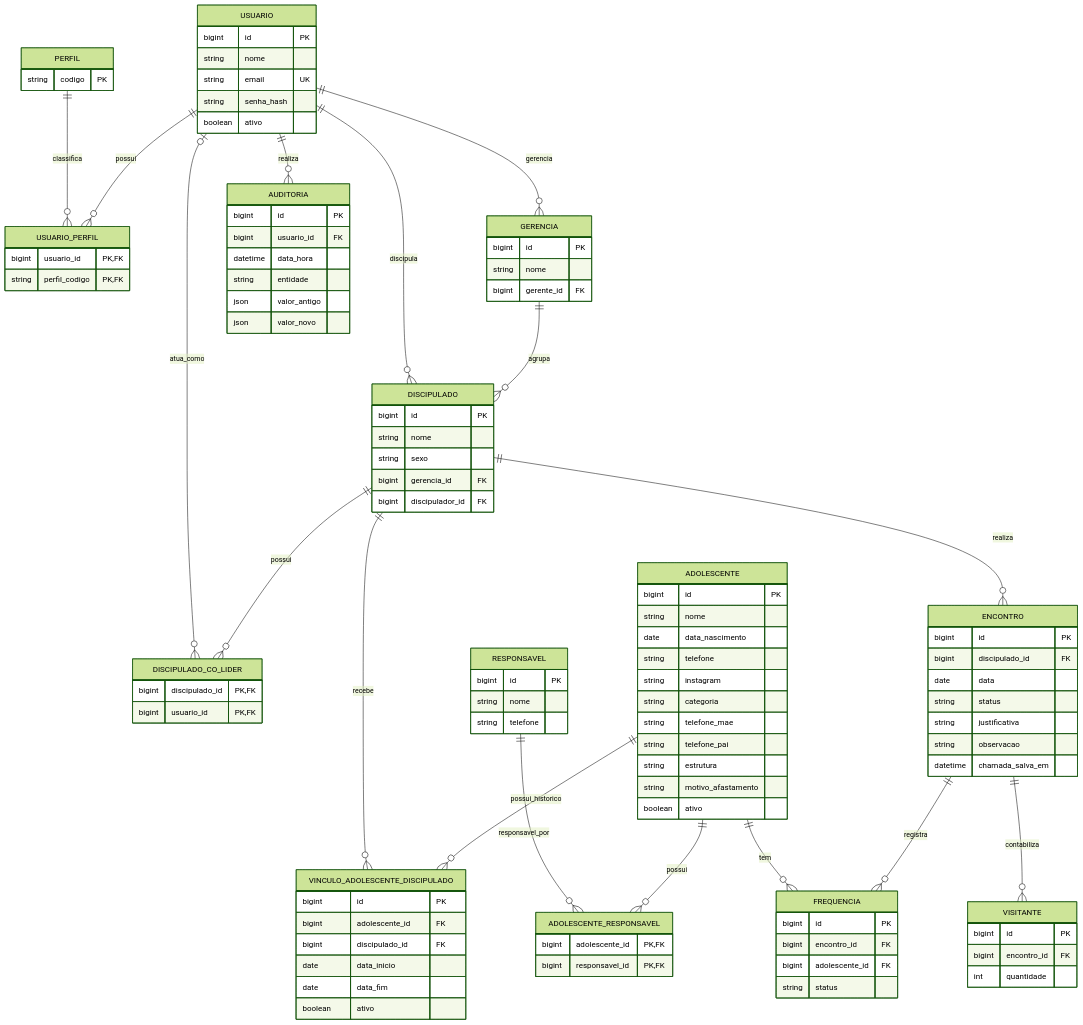
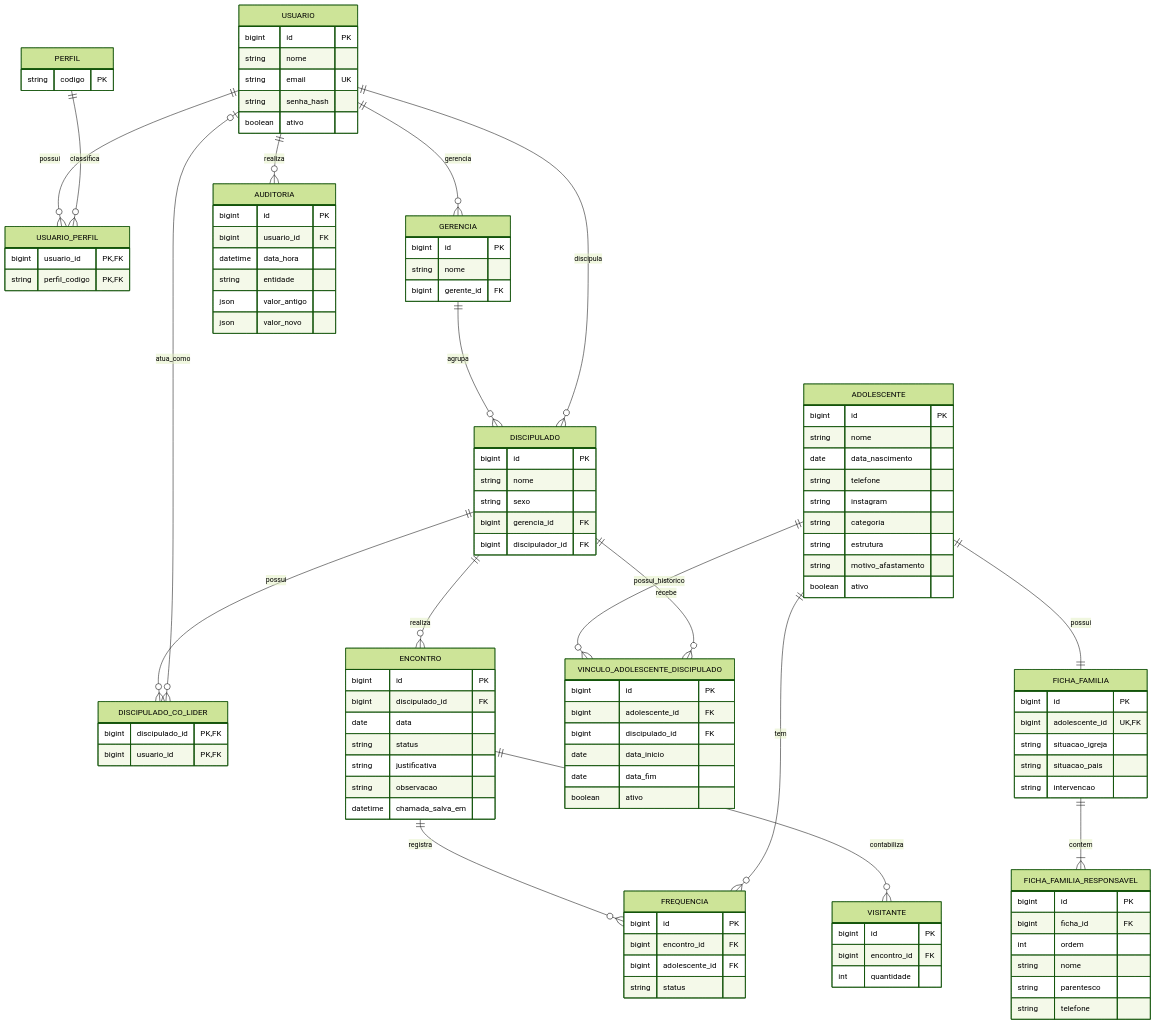
One commit to apontes77/sgd changed the diagram in docs/05-modelo-de-dados.md. Above: the diagram before and after it, drawn with Mermaid (forest theme). The commit also changed other lines of this file and 50 other files, not shown here.

```diff
--- a/docs/05-modelo-de-dados.md
+++ b/docs/05-modelo-de-dados.md
@@ -41,11 +41,24 @@
         string telefone
         string instagram
         string categoria
-        string telefone_mae
-        string telefone_pai
         string estrutura
         string motivo_afastamento
         boolean ativo
+    }
+    FICHA_FAMILIA {
+        bigint id PK
+        bigint adolescente_id UK, FK
+        string situacao_igreja
+        string situacao_pais
+        string intervencao
+    }
+    FICHA_FAMILIA_RESPONSAVEL {
+        bigint id PK
+        bigint ficha_id FK
+        int ordem
+        string nome
+        string parentesco
+        string telefone
     }
     VINCULO_ADOLESCENTE_DISCIPULADO {
         bigint id PK
@@ -54,15 +67,6 @@
         date data_inicio
         date data_fim
         boolean ativo
-    }
-    RESPONSAVEL {
-        bigint id PK
-        string nome
-        string telefone
-    }
-    ADOLESCENTE_RESPONSAVEL {
-        bigint adolescente_id PK, FK
-        bigint responsavel_id PK, FK
     }
     ENCONTRO {
         bigint id PK
@@ -102,8 +106,8 @@
     USUARIO o|--o{ DISCIPULADO_CO_LIDER : atua_como
     ADOLESCENTE ||--o{ VINCULO_ADOLESCENTE_DISCIPULADO : possui_historico
     DISCIPULADO ||--o{ VINCULO_ADOLESCENTE_DISCIPULADO : recebe
-    ADOLESCENTE ||--o{ ADOLESCENTE_RESPONSAVEL : possui
-    RESPONSAVEL ||--o{ ADOLESCENTE_RESPONSAVEL : responsavel_por
+    ADOLESCENTE ||--|| FICHA_FAMILIA : possui
+    FICHA_FAMILIA ||--|{ FICHA_FAMILIA_RESPONSAVEL : contem
     DISCIPULADO ||--o{ ENCONTRO : realiza
     ENCONTRO ||--o{ FREQUENCIA : registra
     ADOLESCENTE ||--o{ FREQUENCIA : tem
```
